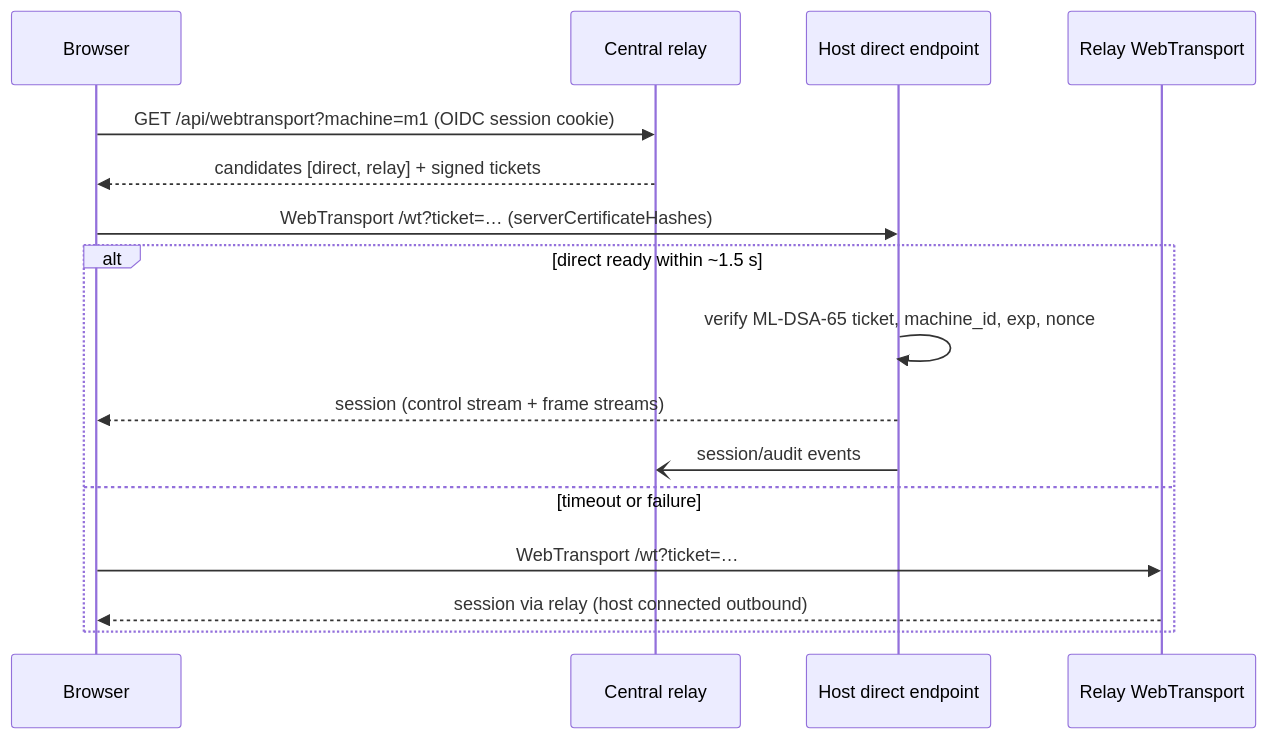
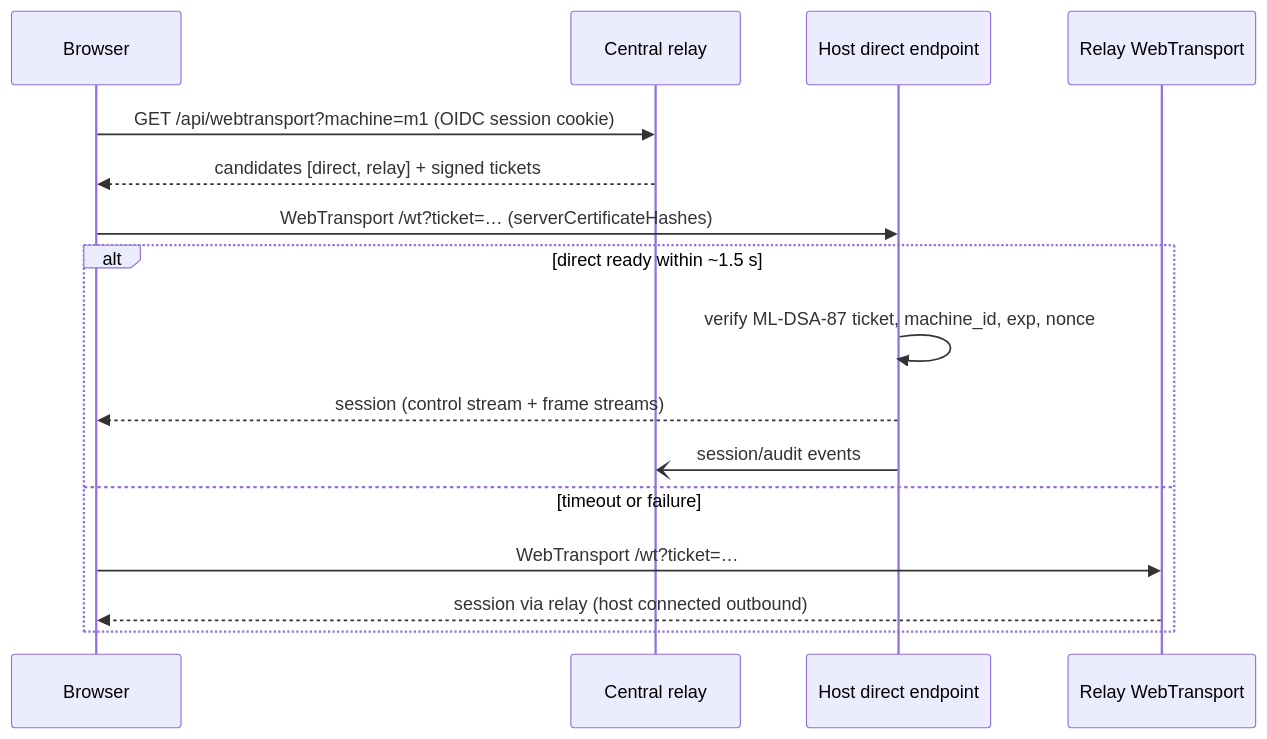
One commit to Exonical/rustcast changed the second of 2 diagrams in docs/design/connection-modes.md. Above: the diagram before and after it, drawn with Mermaid. The commit also changed other lines of this file, not shown here.

Commit message:
docs: target CNSA 2.0 (ML-KEM-1024, ML-DSA-87) for connection modes

````diff
--- a/docs/design/connection-modes.md
+++ b/docs/design/connection-modes.md
@@ -100,19 +100,19 @@
 ```mermaid
 sequenceDiagram
     participant B as Browser
     participant C as Central relay
     participant D as Host direct endpoint
     participant R as Relay WebTransport
 
     B->>C: GET /api/webtransport?machine=m1 (OIDC session cookie)
     C-->>B: candidates [direct, relay] + signed tickets
     B->>D: WebTransport /wt?ticket=… (serverCertificateHashes)
     alt direct ready within ~1.5 s
-        D->>D: verify ML-DSA-65 ticket, machine_id, exp, nonce
+        D->>D: verify ML-DSA-87 ticket, machine_id, exp, nonce
         D-->>B: session (control stream + frame streams)
         D-)C: session/audit events
     else timeout or failure
         B->>R: WebTransport /wt?ticket=…
         R-->>B: session via relay (host connected outbound)
     end
 ```
````
